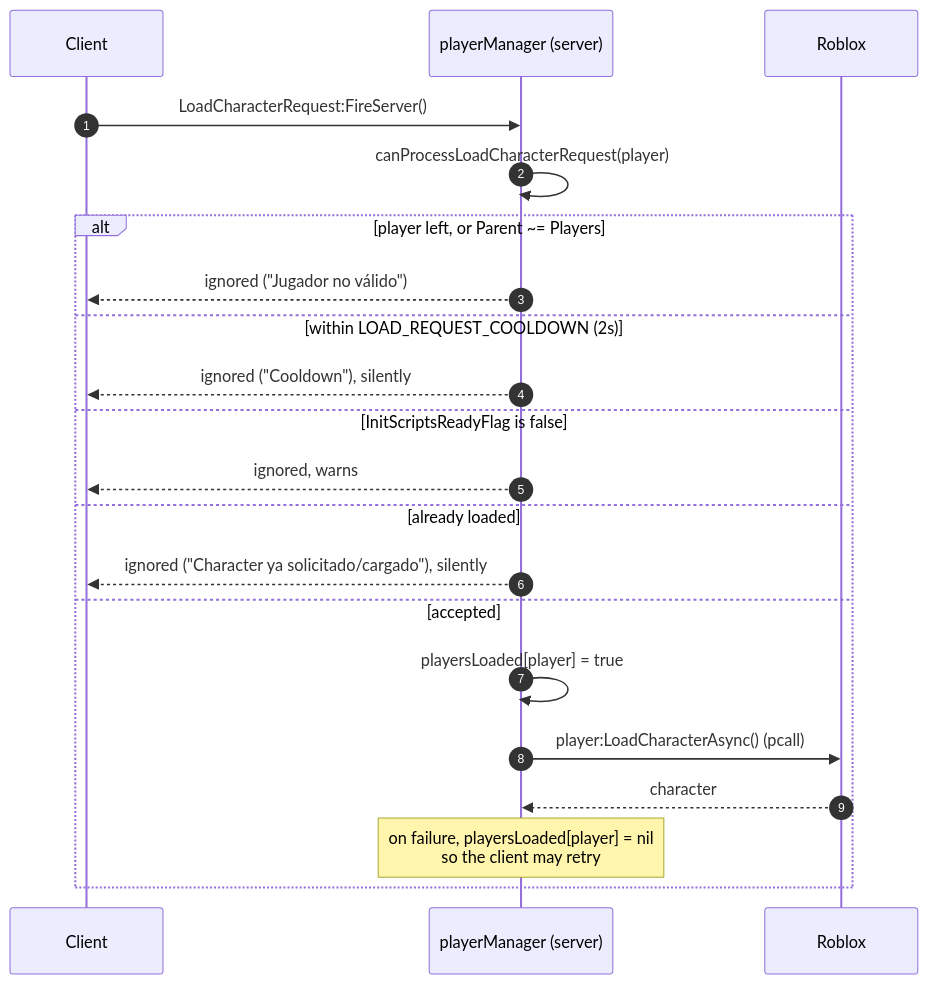
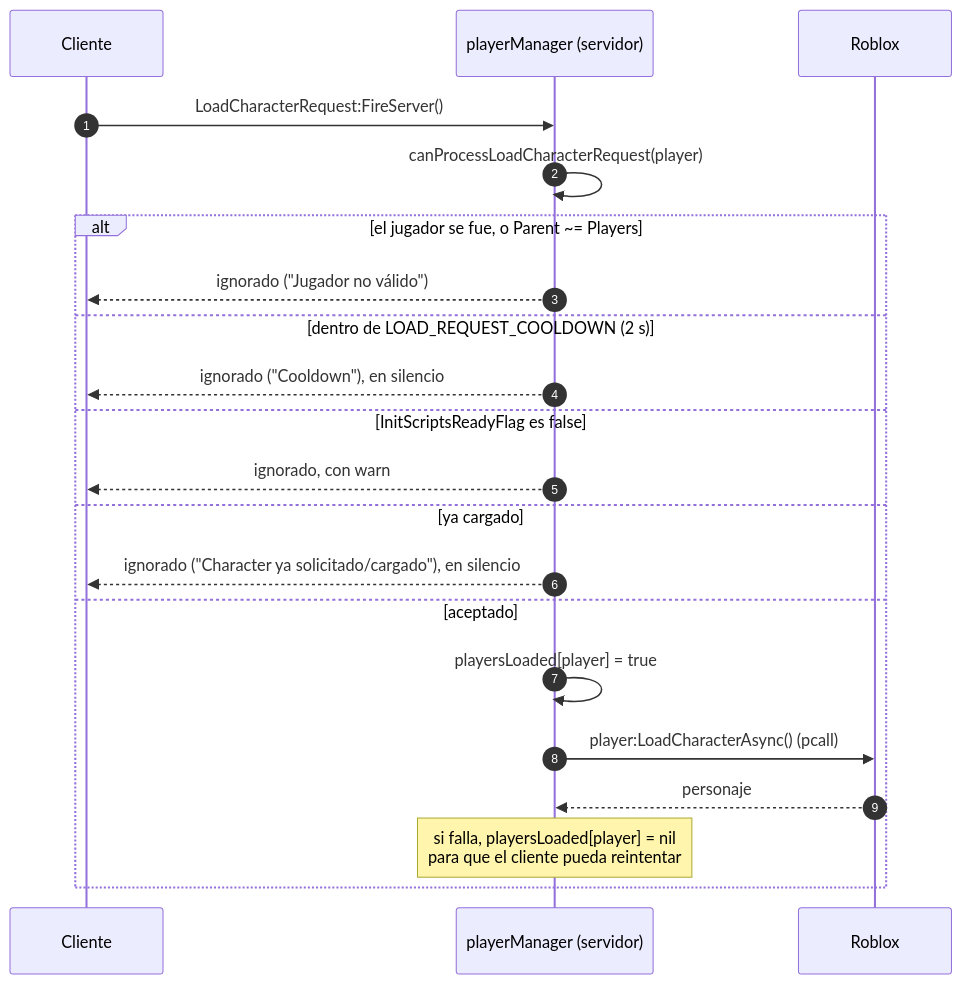
The third of 4 diagrams in docs/architecture/player-lifecycle.md (Arclyne/voz-hispana), drawn with Mermaid before and after one commit. The commit also changed other lines of this file and 8 other files, not shown here.

````diff
--- a/docs/architecture/player-lifecycle.md
+++ b/docs/architecture/player-lifecycle.md
@@ -136,25 +138,25 @@
 ```mermaid
 sequenceDiagram
     autonumber
-    participant C as Client
-    participant PM as playerManager (server)
+    participant C as Cliente
+    participant PM as playerManager (servidor)
     participant R as Roblox
 
     C->>PM: LoadCharacterRequest:FireServer()
     PM->>PM: canProcessLoadCharacterRequest(player)
 
-    alt player left, or Parent ~= Players
-        PM-->>C: ignored ("Jugador no válido")
-    else within LOAD_REQUEST_COOLDOWN (2s)
-        PM-->>C: ignored ("Cooldown"), silently
-    else InitScriptsReadyFlag is false
-        PM-->>C: ignored, warns
-    else already loaded
-        PM-->>C: ignored ("Character ya solicitado/cargado"), silently
-    else accepted
+    alt el jugador se fue, o Parent ~= Players
+        PM-->>C: ignorado ("Jugador no válido")
+    else dentro de LOAD_REQUEST_COOLDOWN (2 s)
+        PM-->>C: ignorado ("Cooldown"), en silencio
+    else InitScriptsReadyFlag es false
+        PM-->>C: ignorado, con warn
+    else ya cargado
+        PM-->>C: ignorado ("Character ya solicitado/cargado"), en silencio
+    else aceptado
         PM->>PM: playersLoaded[player] = true
         PM->>R: player:LoadCharacterAsync()  (pcall)
-        R-->>PM: character
-        Note over PM: on failure, playersLoaded[player] = nil<br/>so the client may retry
+        R-->>PM: personaje
+        Note over PM: si falla, playersLoaded[player] = nil<br/>para que el cliente pueda reintentar
     end
 ```
````
